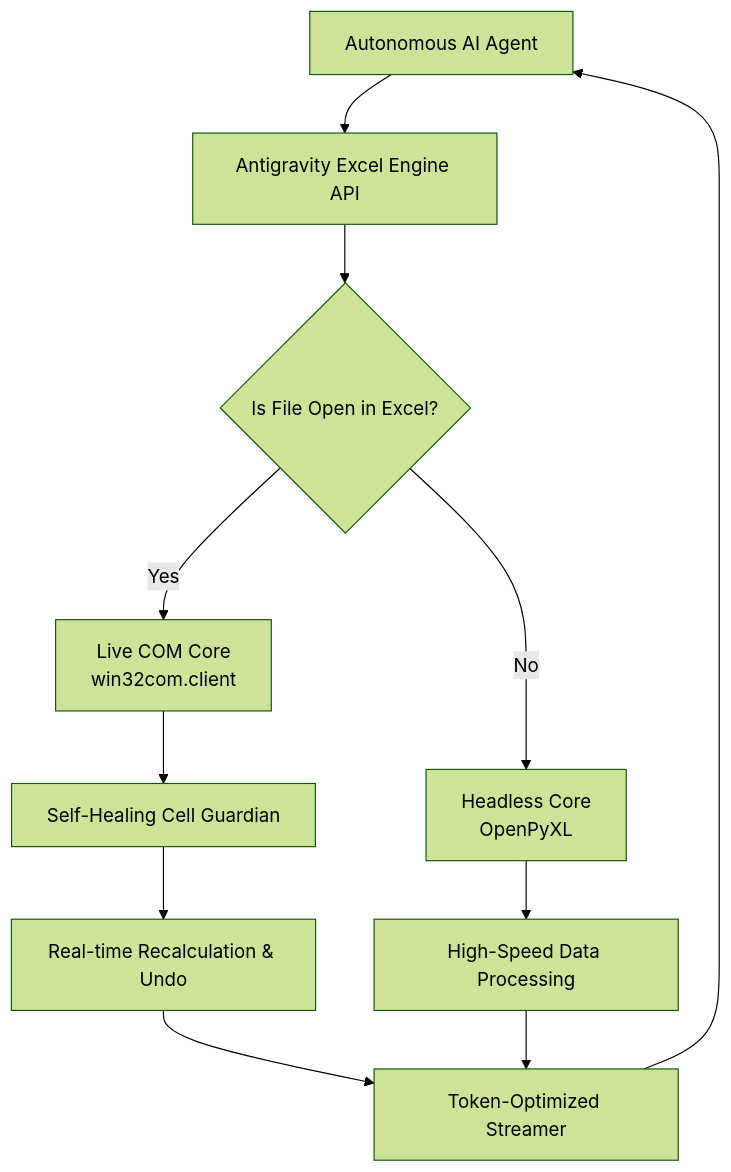
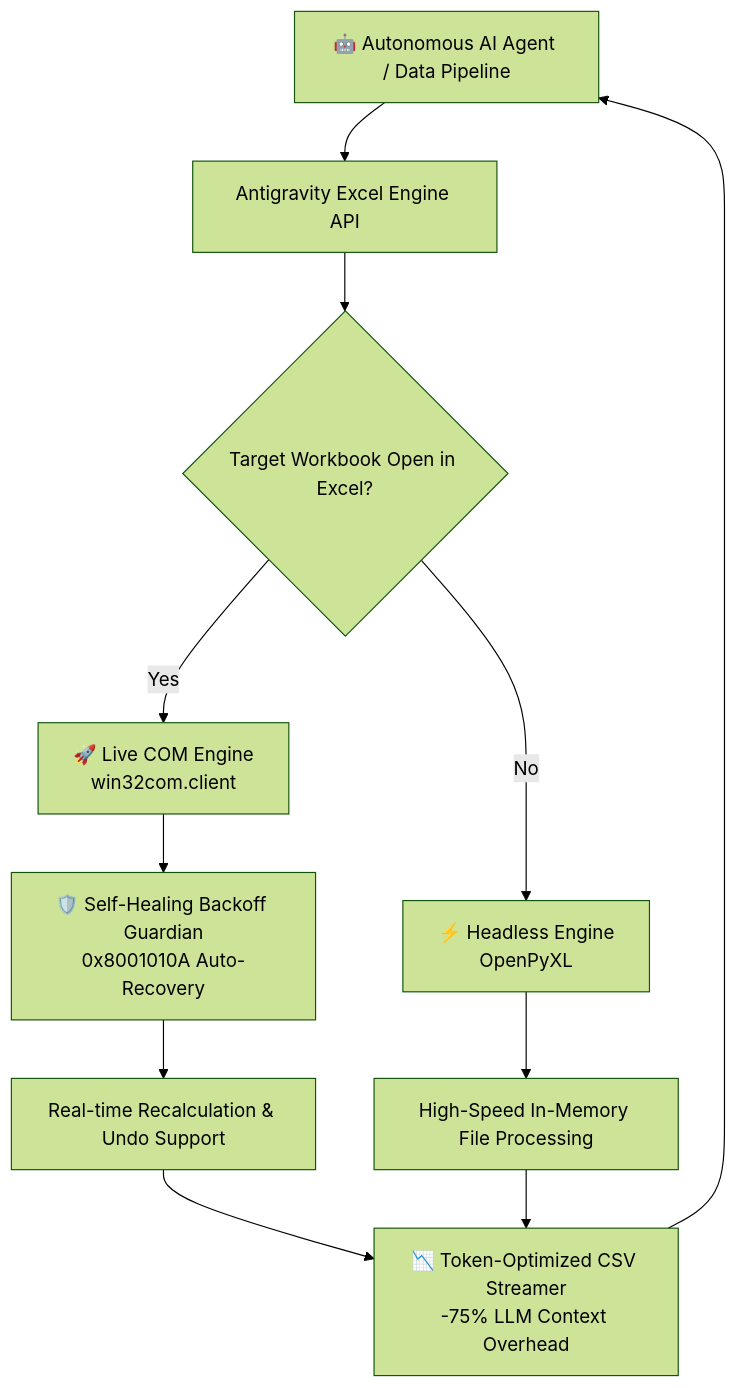
One commit to FranciscoGrandon/antigravity-excel-engine changed the diagram in README.md. Above: the diagram before and after it, drawn with Mermaid (forest theme). The commit also changed other lines of this file, not shown here.

````diff
--- a/README.md
+++ b/README.md
@@ -38,17 +54,18 @@
 ```mermaid
 flowchart TD
-    Agent[Autonomous AI Agent] --> API[Antigravity Excel Engine API]
-    API --> Detector{Is File Open in Excel?}
+    Agent[🤖 Autonomous AI Agent / Data Pipeline] --> Engine[Antigravity Excel Engine API]
+    Engine --> Detector{Target Workbook Open in Excel?}
     
-    Detector -- Yes --> COM[Live COM Core\nwin32com.client]
-    Detector -- No --> Headless[Headless Core\nOpenPyXL]
+    Detector -- Yes --> COM[🚀 Live COM Engine\nwin32com.client]
+    Detector -- No --> Headless[⚡ Headless Engine\nOpenPyXL]
     
-    COM --> Observer[Self-Healing Cell Guardian]
-    Observer --> Recalc[Real-time Recalculation & Undo]
+    COM --> Guardian[🛡️ Self-Healing Backoff Guardian\n0x8001010A Auto-Recovery]
+    Guardian --> LiveOps[Real-time Recalculation & Undo Support]
     
-    Headless --> Fast[High-Speed Data Processing]
+    Headless --> FastOps[High-Speed In-Memory File Processing]
     
-    Recalc --> Output[Token-Optimized Streamer]
-    Fast --> Output
-    Output --> Agent
+    LiveOps --> Streamer[📉 Token-Optimized CSV Streamer\n-75% LLM Context Overhead]
+    FastOps --> Streamer
+    
+    Streamer --> Agent
 ```
````
